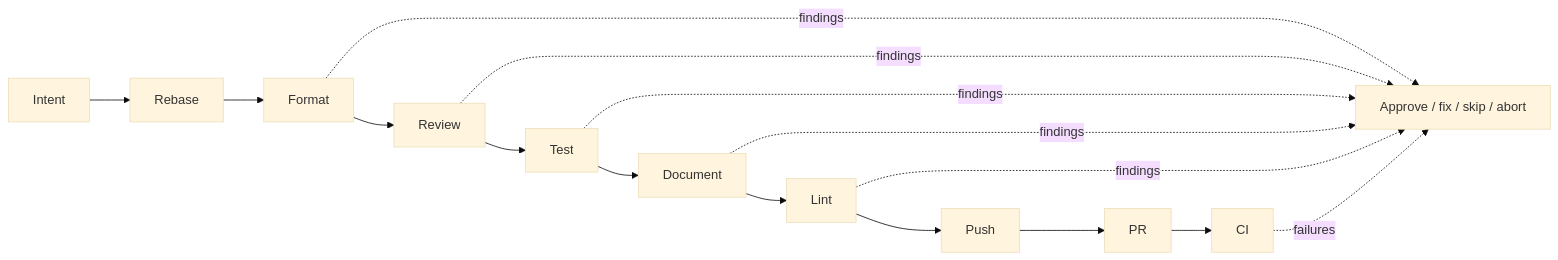
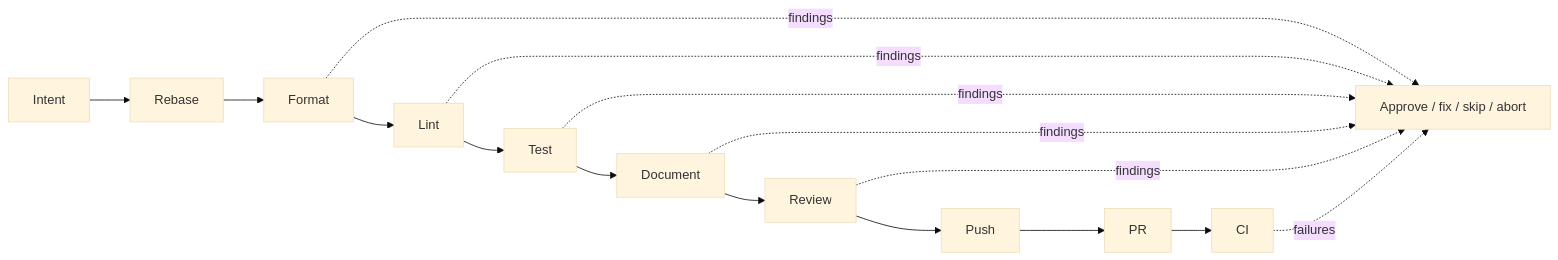
The diagram in docs/src/content/docs/concepts/pipeline.md (tvrmsmith/no-mistakes), drawn with Mermaid (base theme) before and after one commit. The commit also changed other lines of this file and 54 other files, not shown here.

````diff
--- a/docs/src/content/docs/concepts/pipeline.md
+++ b/docs/src/content/docs/concepts/pipeline.md
@@ -12,10 +12,10 @@
 ```mermaid
 flowchart LR
-  intent["Intent"] --> rebase["Rebase"] --> format["Format"] --> review["Review"] --> test["Test"] --> document["Document"] --> lint["Lint"] --> push["Push"] --> pr["PR"] --> ci["CI"]
+  intent["Intent"] --> rebase["Rebase"] --> format["Format"] --> lint["Lint"] --> test["Test"] --> document["Document"] --> review["Review"] --> push["Push"] --> pr["PR"] --> ci["CI"]
   format -. findings .-> action["Approve / fix / skip / abort"]
-  review -. findings .-> action
+  lint -. findings .-> action
   test -. findings .-> action
   document -. findings .-> action
-  lint -. findings .-> action
+  review -. findings .-> action
   ci -. failures .-> action
 ```
````
